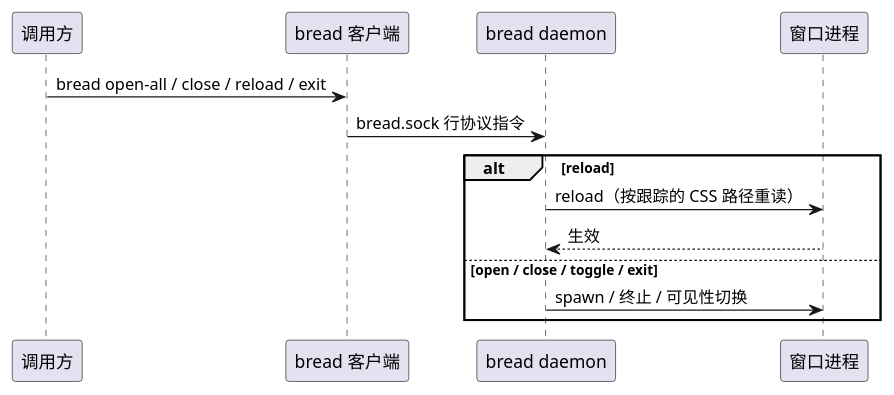
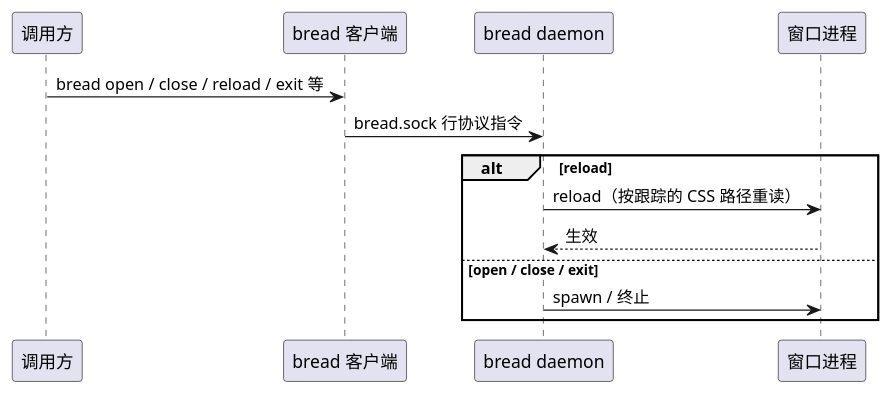
One commit to 54m43lJ/BreadKnife changed the diagram in diagram/breadknife-control-reload.puml. Above: the diagram before and after it, drawn with PlantUML. The commit also changed 11 other files, not shown here.

```diff
--- a/diagram/breadknife-control-reload.puml
+++ b/diagram/breadknife-control-reload.puml
@@ -1,15 +1,15 @@
 @startuml breadknife-control-reload
 participant 调用方
 participant "bread 客户端" as cli
 participant "bread daemon" as daemon
 participant "窗口进程" as win
 
-调用方 -> cli: bread open-all / close / reload / exit
+调用方 -> cli: bread open / close / reload / exit 等
 cli -> daemon: bread.sock 行协议指令
 alt reload
   daemon -> win: reload（按跟踪的 CSS 路径重读）
   win --> daemon: 生效
-else open / close / toggle / exit
-  daemon -> win: spawn / 终止 / 可见性切换
+else open / close / exit
+  daemon -> win: spawn / 终止
 end
 @enduml
```
